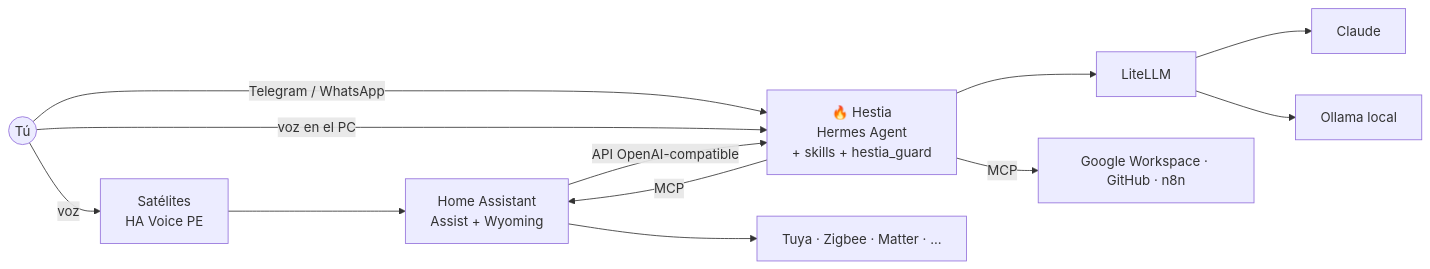
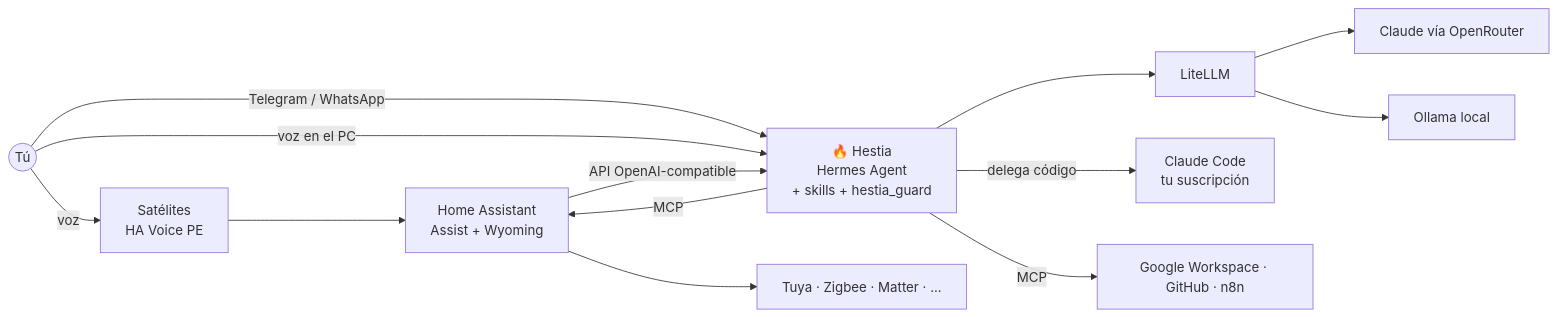
The diagram in README.md (DrewGGM/hestia), drawn with Mermaid before and after one commit. The commit also changed other lines of this file and 25 other files, not shown here.

````diff
--- a/README.md
+++ b/README.md
@@ -36,14 +36,15 @@
 ```mermaid
 flowchart LR
   U((Tú)) -->|voz| SAT[Satélites<br/>HA Voice PE]
   U -->|Telegram / WhatsApp| H
   U -->|voz en el PC| H
   SAT --> HA[Home Assistant<br/>Assist + Wyoming]
   HA -->|API OpenAI-compatible| H[🔥 Hestia<br/>Hermes Agent<br/>+ skills + hestia_guard]
   H --> L[LiteLLM]
-  L --> C[Claude]
+  L --> C[Claude vía OpenRouter]
   L --> O[Ollama local]
+  H -->|delega código| CC[Claude Code<br/>tu suscripción]
   H -->|MCP| HA
   H -->|MCP| G[Google Workspace · GitHub · n8n]
   HA --> D[Tuya · Zigbee · Matter · ...]
 ```
````
